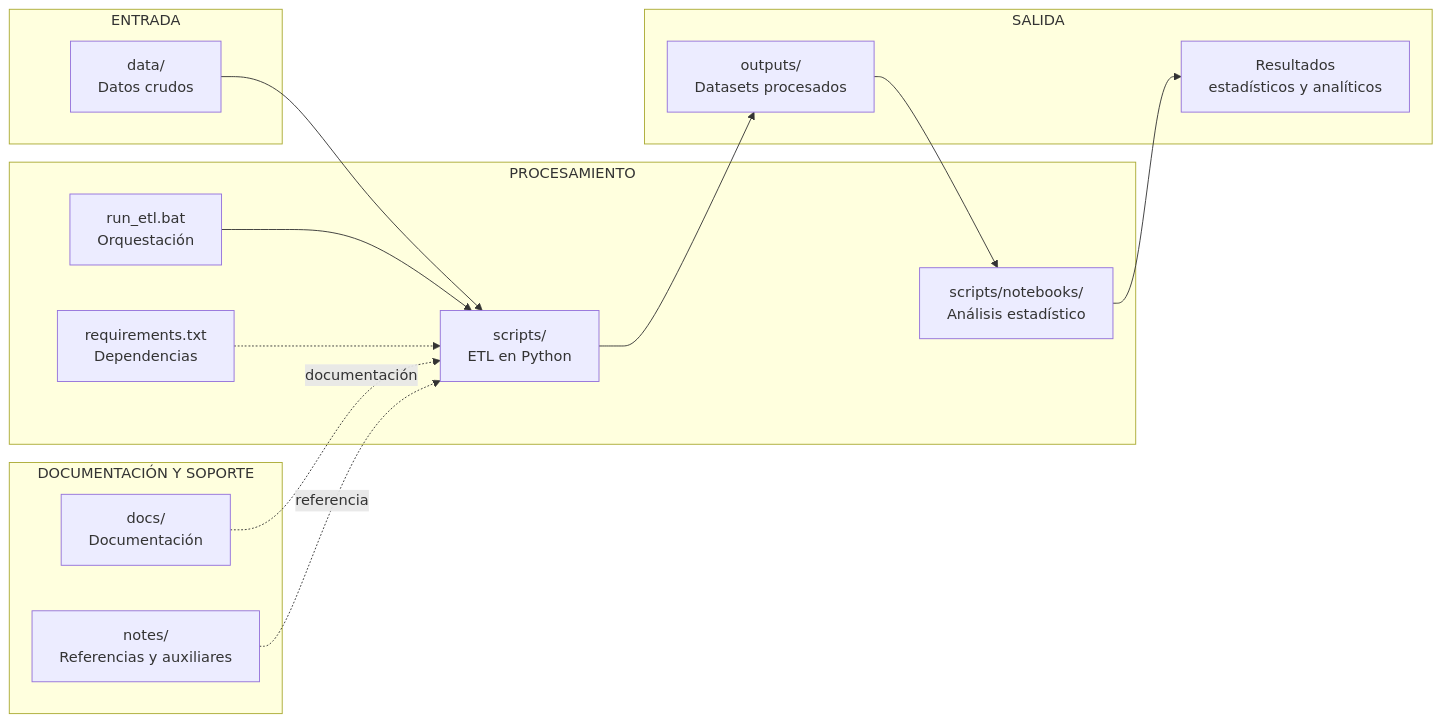
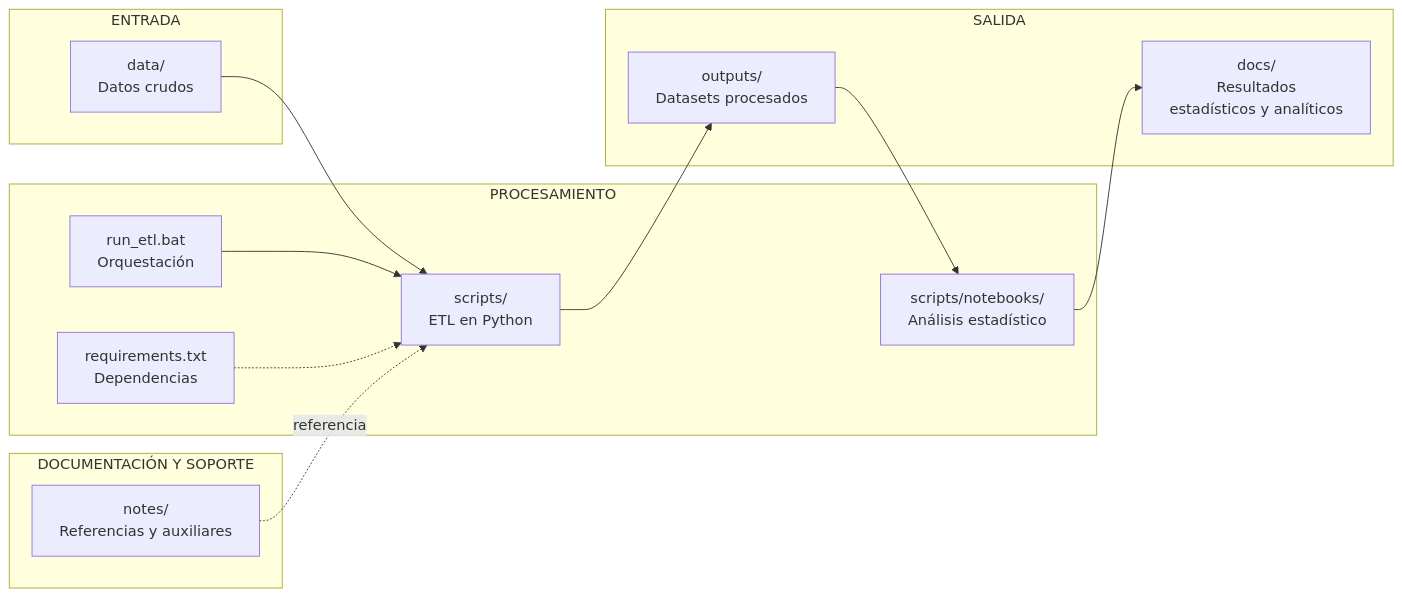
One commit to AnaTuPatrona/DataJamDistrital_Bogota2026 changed the third of 3 diagrams in README.md. Above: the diagram before and after it, drawn with Mermaid. The commit also changed other lines of this file, not shown here.

Commit message:
readme update

````diff
--- a/README.md
+++ b/README.md
@@ -267,33 +268,32 @@
 ```mermaid
 flowchart LR
     subgraph FUENTES["ENTRADA"]
         DATA["data/<br/>Datos crudos"]
     end
 
     subgraph PROCESAMIENTO["PROCESAMIENTO"]
         SCRIPTS["scripts/<br/>ETL en Python"]
         NOTEBOOKS["scripts/notebooks/<br/>Análisis estadístico"]
         REQ["requirements.txt<br/>Dependencias"]
         BAT["run_etl.bat<br/>Orquestación"]
     end
 
     subgraph PRODUCTOS["SALIDA"]
         OUTPUTS["outputs/<br/>Datasets procesados"]
-        RESULTS["Resultados<br/>estadísticos y analíticos"]
+        RESULTS["docs/<br>Resultados<br/>estadísticos y analíticos"]
     end
 
     subgraph DOCUMENTACION["DOCUMENTACIÓN Y SOPORTE"]
-        DOCS["docs/<br/>Documentación"]
         NOTES["notes/<br/>Referencias y auxiliares"]
     end
 
     DATA --> SCRIPTS
     BAT --> SCRIPTS
     REQ -.-> SCRIPTS
     SCRIPTS --> OUTPUTS
     OUTPUTS --> NOTEBOOKS
     NOTEBOOKS --> RESULTS
 
-    DOCS -. documentación .-> SCRIPTS
+
     NOTES -. referencia .-> SCRIPTS
 ```
````
